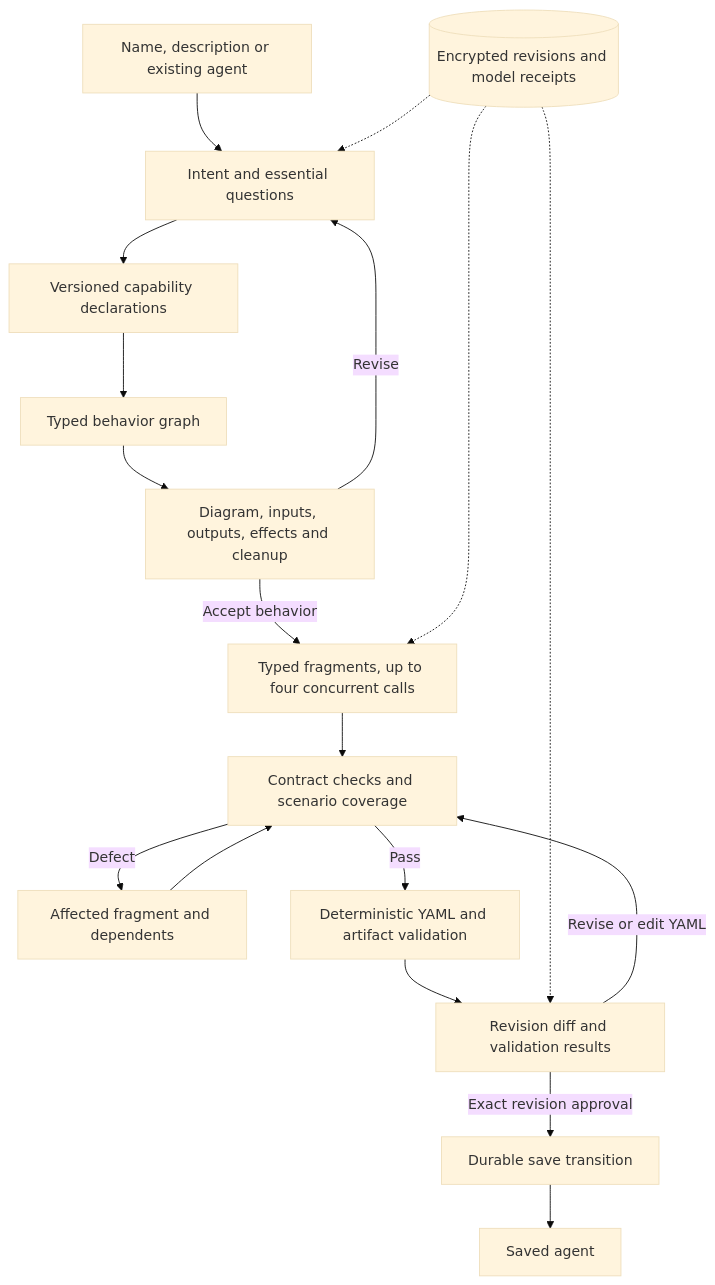
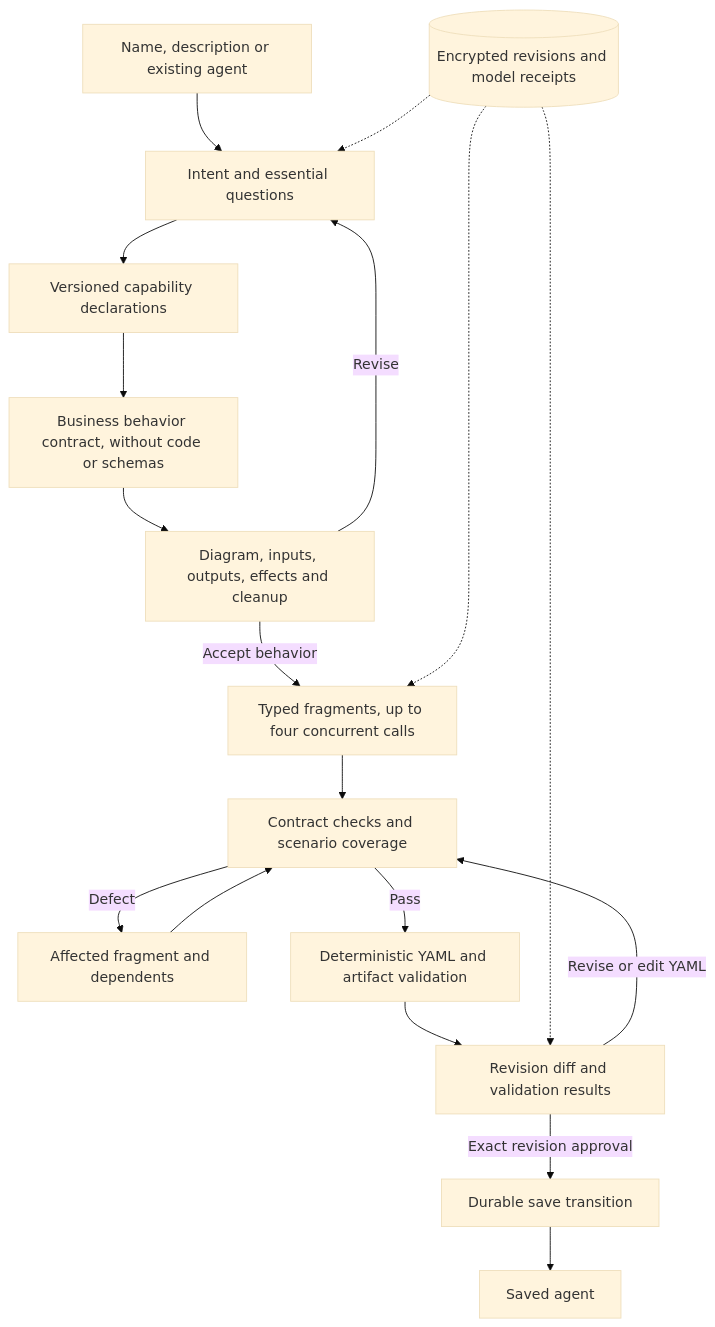
The second of 4 diagrams in docs/workflow-planning-v2.md (GnouGo/GnouGo), drawn with Mermaid (base theme) before and after one commit. The commit also changed other lines of this file and 39 other files, not shown here.

Commit message:
Review typed behavior before executable workflow elaboration

````diff
--- a/docs/workflow-planning-v2.md
+++ b/docs/workflow-planning-v2.md
@@ -26,20 +26,20 @@
 ```mermaid
 flowchart TD
   Form[Name, description or existing agent] --> Intent[Intent and essential questions]
   Intent --> Catalog[Versioned capability declarations]
-  Catalog --> Behavior[Typed behavior graph]
+  Catalog --> Behavior[Business behavior contract, without code or schemas]
   Behavior --> Review[Diagram, inputs, outputs, effects and cleanup]
   Review -->|Accept behavior| Fragments[Typed fragments, up to four concurrent calls]
   Review -->|Revise| Intent
   Fragments --> Checks[Contract checks and scenario coverage]
   Checks -->|Defect| Repair[Affected fragment and dependents]
   Repair --> Checks
   Checks -->|Pass| Export[Deterministic YAML and artifact validation]
   Export --> Final[Revision diff and validation results]
   Final -->|Revise or edit YAML| Checks
   Final -->|Exact revision approval| Saving[Durable save transition]
   Saving --> Saved[Saved agent]
   Store[(Encrypted revisions and model receipts)] -.-> Intent
   Store -.-> Fragments
   Store -.-> Final
 ```
````
